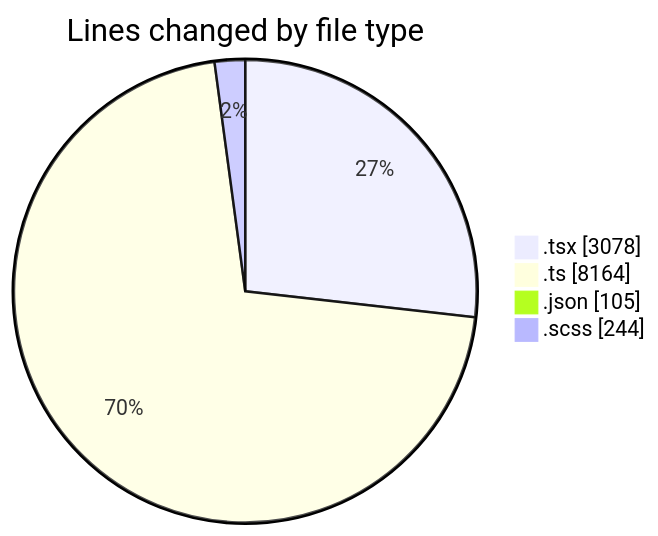
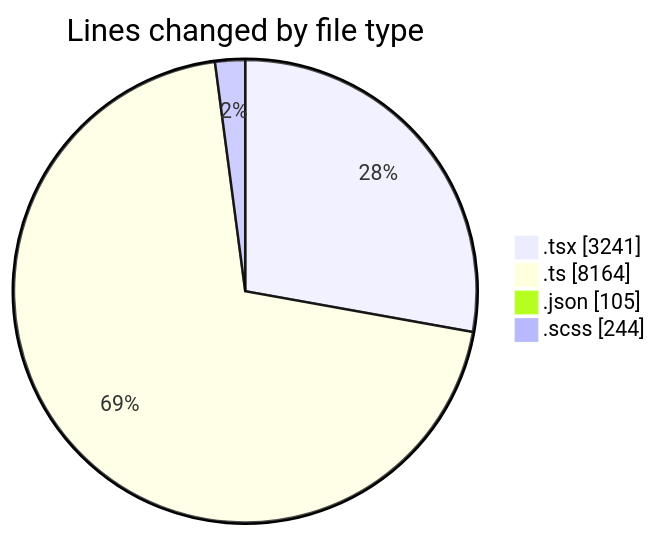
The first of 2 diagrams in 2025-07-09/cda/README.md (momahboobian/code-tracking), drawn with Mermaid before and after one commit. The commit also changed other lines of this file and 1 other file, not shown here.

````diff
--- a/2025-07-09/cda/README.md
+++ b/2025-07-09/cda/README.md
@@ -38,8 +39,8 @@
 ```mermaid
 pie showData
 title Lines changed by file type
-".tsx" : 3078
+".tsx" : 3241
 ".ts" : 8164
 ".json" : 105
 ".scss" : 244
 ```
````
